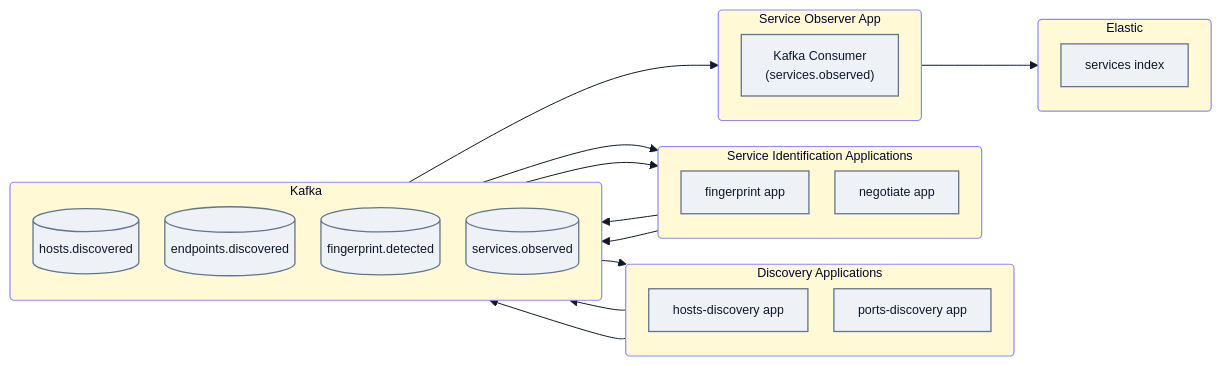
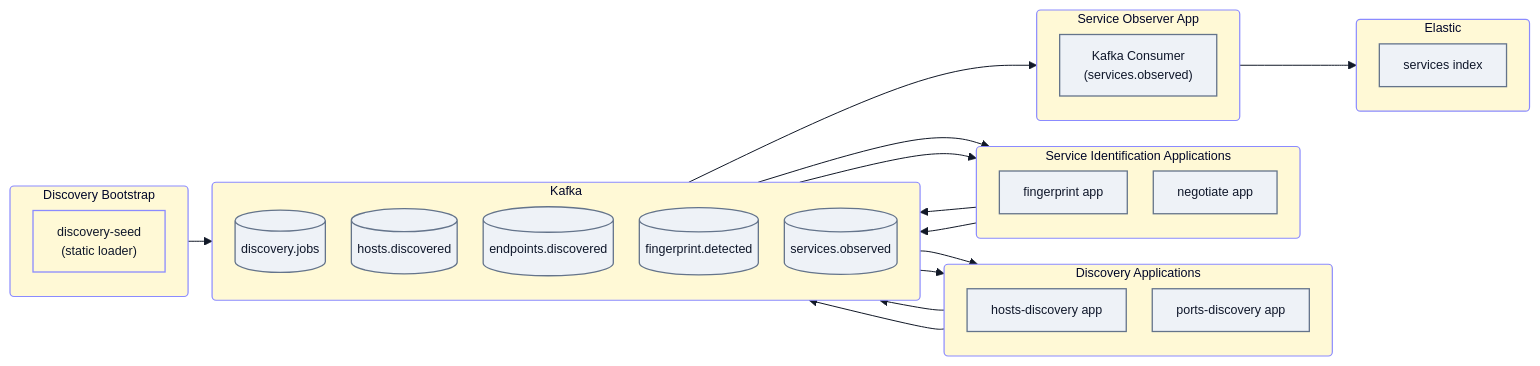
Before and after one commit to isobatch/.github: the diagram in mermaid.mmd, drawn with Mermaid.

Commit message:
Add KafkaJobs and update flowchart connections

```diff
--- a/mermaid.mmd
+++ b/mermaid.mmd
@@ -1,83 +1,96 @@
 ---
 config:
   theme: base
   flowchart:
     curve: basis
     padding: 12
     nodeSpacing: 26
     rankSpacing: 24
   themeVariables:
     fontFamily: Inter, Segoe UI, Arial
     fontSize: 12.5px
     lineColor: '#111827'
     primaryColor: '#EEF2F7'
     primaryTextColor: '#0f172a'
     primaryBorderColor: '#64748b'
     secondaryColor: '#FFF9D6'
     tertiaryColor: '#FFF9D6'
 ---
 flowchart LR
 
+ subgraph Bootstrap["Discovery Bootstrap"]
+    direction TB
+        Seeder["discovery-seed\n(static loader)"]
+ end
+
  subgraph Discovery_Apps["Discovery Applications"]
     direction TB
         HostsApp["hosts-discovery app"]
         PortsApp["ports-discovery app"]
  end
 
  subgraph Fingerprint_Apps["Service Identification Applications"]
     direction TB
         FingerprintApp["fingerprint app"]
         NegotiateApp["negotiate app"]
  end
 
  subgraph Kafka_Layer["Kafka"]
     direction TB
+        KafkaJobs[("discovery.jobs")]
         KafkaHosts[("hosts.discovered")]
         KafkaEndpoints[("endpoints.discovered")]
         KafkaFingerprint[("fingerprint.detected")]
         KafkaServices[("services.observed")]
  end
 
  subgraph Observer_App["Service Observer App"]
     direction TB
         ServicesConsumer["Kafka Consumer\n(services.observed)"]
  end
 
  subgraph Elastic_Layer["Elastic"]
     direction TB
         ElasticServices["services index"]
  end
 
+    Seeder --> KafkaJobs
+
+    KafkaJobs --> HostsApp
     HostsApp --> KafkaHosts
     KafkaHosts --> PortsApp
     PortsApp --> KafkaEndpoints
     KafkaEndpoints --> FingerprintApp
     FingerprintApp --> KafkaFingerprint
     KafkaFingerprint --> NegotiateApp
     NegotiateApp --> KafkaServices
 
     KafkaServices --> ServicesConsumer
     ServicesConsumer --> ElasticServices
 
+    Seeder:::bootstrap
     HostsApp:::stage
     PortsApp:::stage
     FingerprintApp:::stage
     NegotiateApp:::stage
     ServicesConsumer:::stage
 
+    KafkaJobs:::bus
     KafkaHosts:::bus
     KafkaEndpoints:::bus
     KafkaFingerprint:::bus
     KafkaServices:::bus
 
     ElasticServices:::store
 
+    classDef bootstrap fill:#FFF9D6,stroke:#8B8BFF,stroke-width:1.3px,color:#0f172a
     classDef stage fill:#EEF2F7,stroke:#64748b,stroke-width:1.3px,color:#0f172a
     classDef bus fill:#EEF2F7,stroke:#64748b,stroke-width:1.3px,color:#0f172a
     classDef store fill:#EEF2F7,stroke:#64748b,stroke-width:1.3px,color:#0f172a
 
+    style Bootstrap fill:#FFF9D6,stroke:#8B8BFF,stroke-width:1.2px,rx:4,ry:4
     style Discovery_Apps fill:#FFF9D6,stroke:#8B8BFF,stroke-width:1.2px,rx:4,ry:4
     style Fingerprint_Apps fill:#FFF9D6,stroke:#8B8BFF,stroke-width:1.2px,rx:4,ry:4
     style Kafka_Layer fill:#FFF9D6,stroke:#8B8BFF,stroke-width:1.2px,rx:4,ry:4
     style Observer_App fill:#FFF9D6,stroke:#8B8BFF,stroke-width:1.2px,rx:4,ry:4
     style Elastic_Layer fill:#FFF9D6,stroke:#8B8BFF,stroke-width:1.2px,rx:4,ry:4
```
